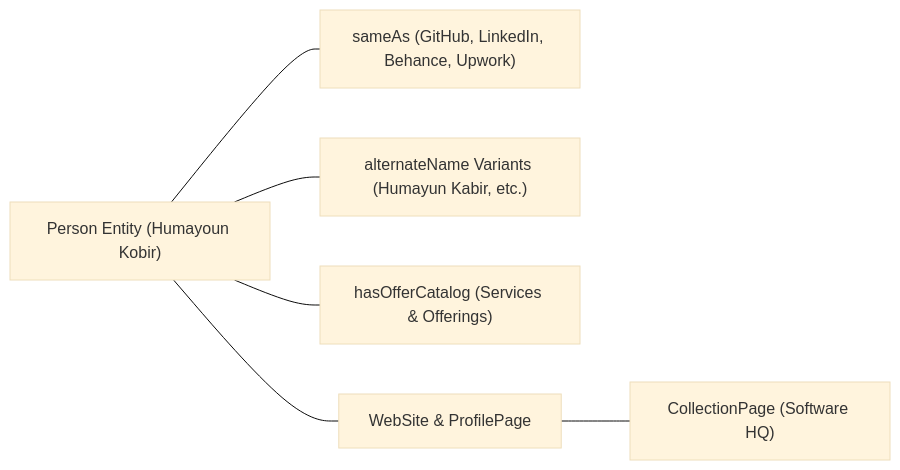
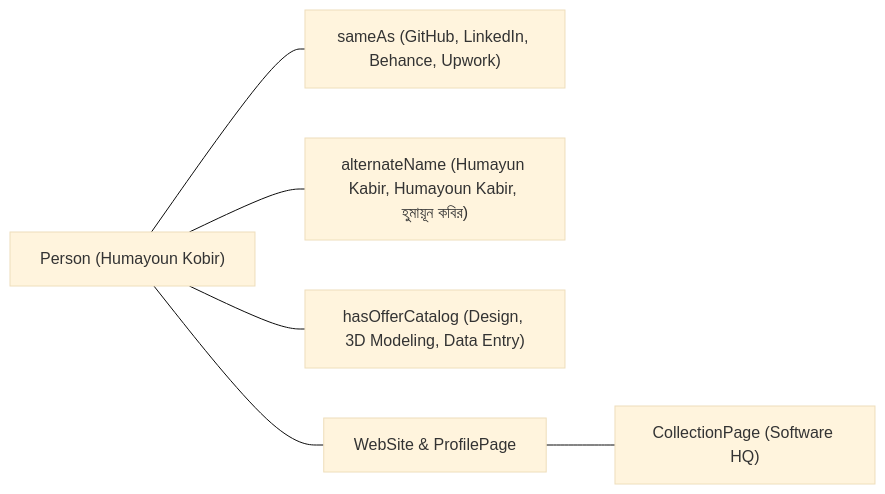
Before and after one commit to humayunk45423/Webpage-2: the third of 3 diagrams in README.md, drawn with Mermaid (base theme). The commit also changed other lines of this file and 5 other files, not shown here.

````diff
--- a/README.md
+++ b/README.md
@@ -254,8 +219,8 @@
 ```mermaid
 flowchart LR
-    P["Person Entity (Humayoun Kobir)"] --- S["sameAs (GitHub, LinkedIn, Behance, Upwork)"]
-    P --- A["alternateName Variants (Humayun Kabir, etc.)"]
-    P --- O["hasOfferCatalog (Services & Offerings)"]
+    P["Person (Humayoun Kobir)"] --- S["sameAs (GitHub, LinkedIn, Behance, Upwork)"]
+    P --- A["alternateName (Humayun Kabir, Humayoun Kabir, হুমায়ূন কবির)"]
+    P --- O["hasOfferCatalog (Design, 3D Modeling, Data Entry)"]
     P --- W["WebSite & ProfilePage"]
     W --- C["CollectionPage (Software HQ)"]
 ```
````
